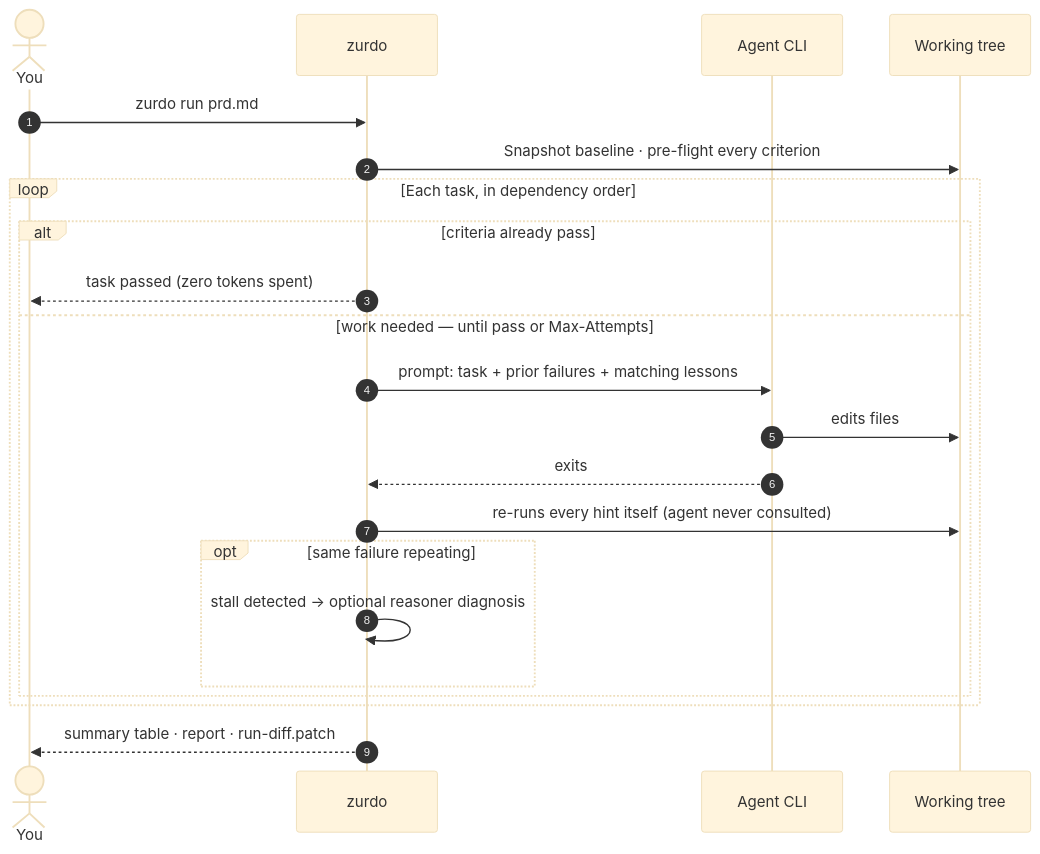
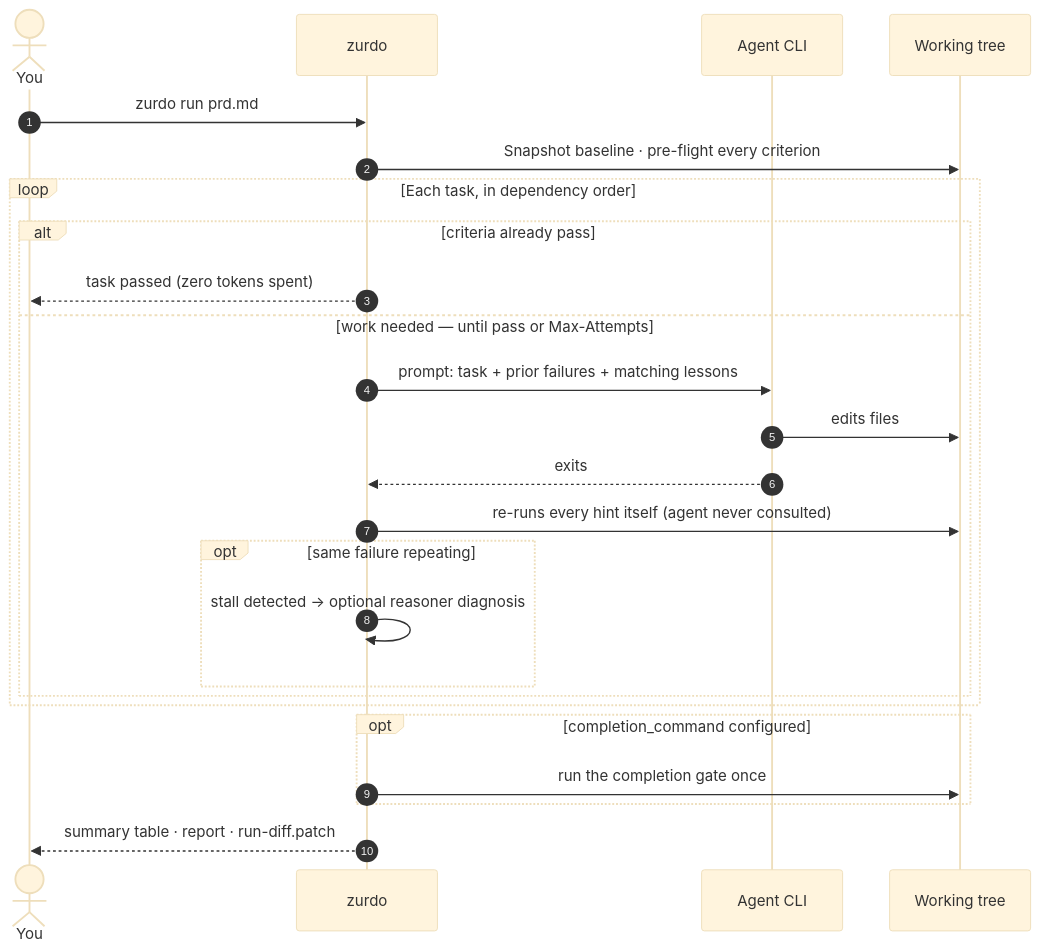
The diagram in docs/usage.md (NumeronAI/zurdo.github.io), drawn with Mermaid (base theme) before and after one commit. The commit also changed other lines of this file and 9 other files, not shown here.

First line of the commit message:
Update docs to v1.21.0: completion gate, lesson obligations, lessons as source, lint roster

````diff
--- a/docs/usage.md
+++ b/docs/usage.md
@@ -59,25 +59,28 @@
 ```mermaid
 sequenceDiagram
     autonumber
     actor You
     participant Z as zurdo
     participant A as Agent CLI
     participant W as Working tree
 
     You->>Z: zurdo run prd.md
     Z->>W: Snapshot baseline · pre-flight every criterion
     loop Each task, in dependency order
         alt criteria already pass
             Z-->>You: task passed (zero tokens spent)
         else work needed — until pass or Max-Attempts
             Z->>A: prompt: task + prior failures + matching lessons
             A->>W: edits files
             A-->>Z: exits
             Z->>W: re-runs every hint itself (agent never consulted)
             opt same failure repeating
                 Z->>Z: stall detected → optional reasoner diagnosis
             end
         end
     end
+    opt completion_command configured
+        Z->>W: run the completion gate once
+    end
     Z-->>You: summary table · report · run-diff.patch
 ```
````
